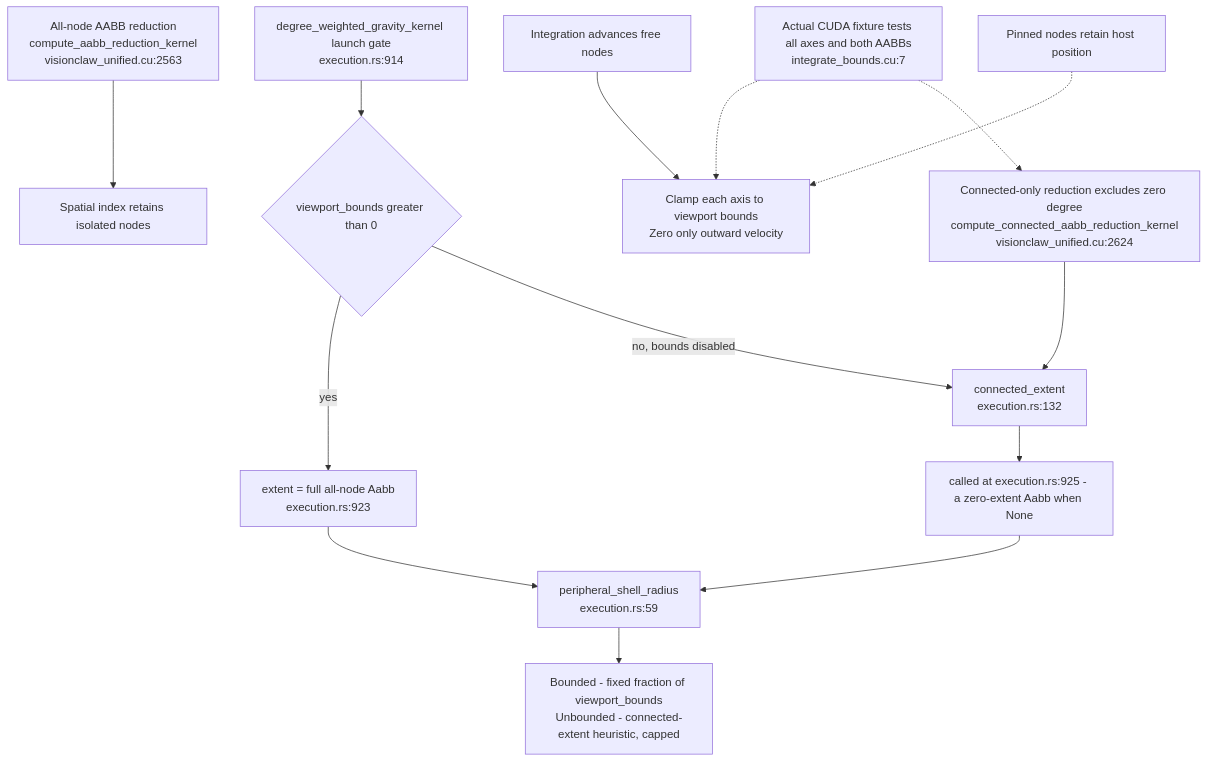
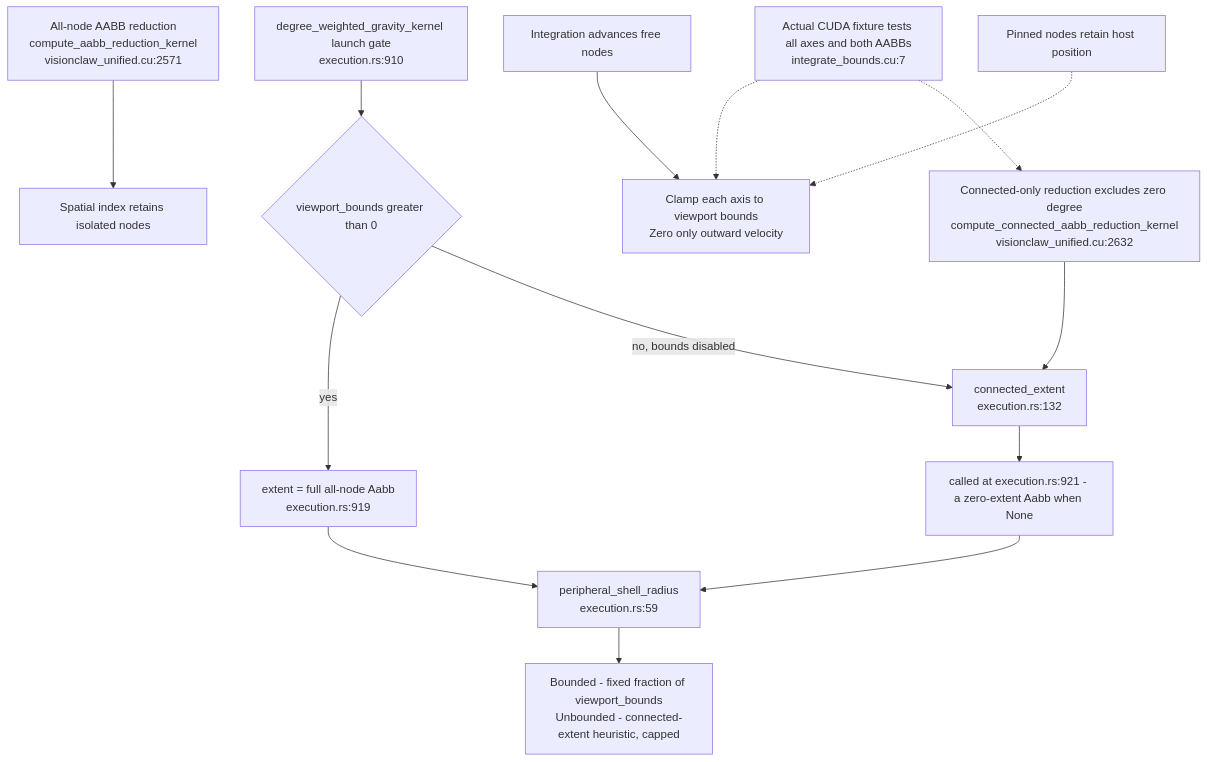
Before and after one commit to DreamLab-AI/VisionFlow: the eighth of 9 diagrams in docs/diagrams/visionclaw/11-physics-step-and-force-channels.md, drawn with Mermaid. The commit also changed other lines of this file and 81 other files, not shown here.

First line of the commit message:
docs(diagrams): roll VisionClaw topics to main 010e1109b (PR 37 and 38 merged); fix remaining prose citations

````diff
--- a/docs/diagrams/visionclaw/11-physics-step-and-force-channels.md
+++ b/docs/diagrams/visionclaw/11-physics-step-and-force-channels.md
@@ -345,16 +342,16 @@
 ```mermaid
 flowchart TD
-    All["All-node AABB reduction<br/>compute_aabb_reduction_kernel<br/>visionclaw_unified.cu:2563"] --> Grid["Spatial index retains isolated nodes"]
-    Connected["Connected-only reduction excludes zero degree<br/>compute_connected_aabb_reduction_kernel<br/>visionclaw_unified.cu:2624"] --> Extent["connected_extent<br/>execution.rs:132"]
-    Gate["degree_weighted_gravity_kernel launch gate<br/>execution.rs:914"] --> Branch{"viewport_bounds greater than 0"}
-    Branch -->|yes| Bounded["extent = full all-node Aabb<br/>execution.rs:923"]
+    All["All-node AABB reduction<br/>compute_aabb_reduction_kernel<br/>visionclaw_unified.cu:2571"] --> Grid["Spatial index retains isolated nodes"]
+    Connected["Connected-only reduction excludes zero degree<br/>compute_connected_aabb_reduction_kernel<br/>visionclaw_unified.cu:2632"] --> Extent["connected_extent<br/>execution.rs:132"]
+    Gate["degree_weighted_gravity_kernel launch gate<br/>execution.rs:910"] --> Branch{"viewport_bounds greater than 0"}
+    Branch -->|yes| Bounded["extent = full all-node Aabb<br/>execution.rs:919"]
     Branch -->|no, bounds disabled| Extent
-    Extent --> Call["called at execution.rs:925 - a zero-extent Aabb when None"]
+    Extent --> Call["called at execution.rs:921 - a zero-extent Aabb when None"]
     Bounded --> Shell["peripheral_shell_radius<br/>execution.rs:59"]
     Call --> Shell
     Shell --> ShellNote["Bounded - fixed fraction of viewport_bounds<br/>Unbounded - connected-extent heuristic, capped"]
     Force["Integration advances free nodes"] --> Clamp["Clamp each axis to viewport bounds<br/>Zero only outward velocity"]
     Pin["Pinned nodes retain host position"] -.-> Clamp
     Test["Actual CUDA fixture tests all axes and both AABBs<br/>integrate_bounds.cu:7"] -.-> Clamp
     Test -.-> Connected
 ```
````
